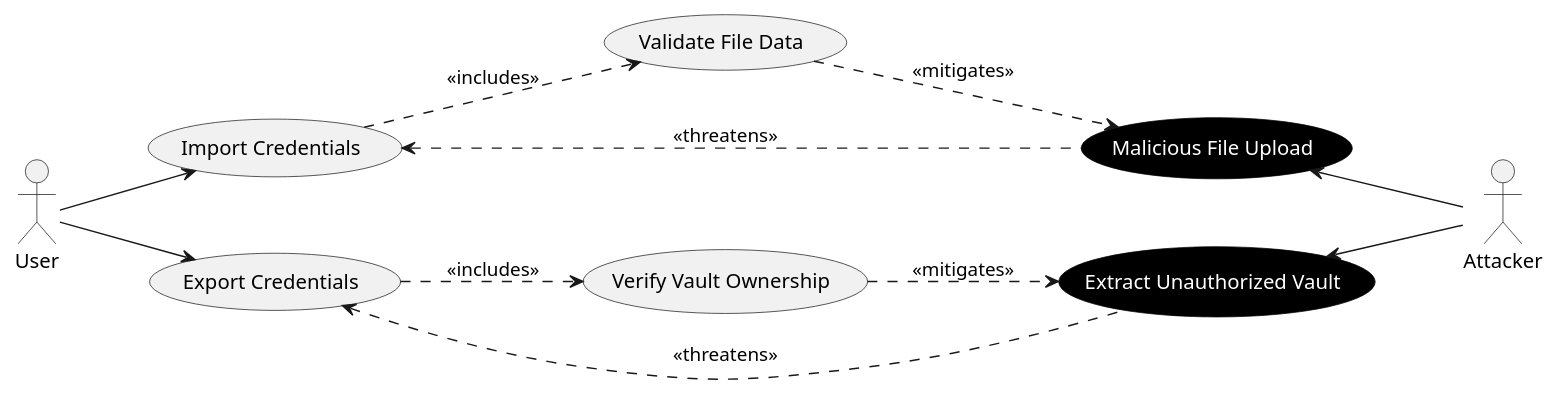
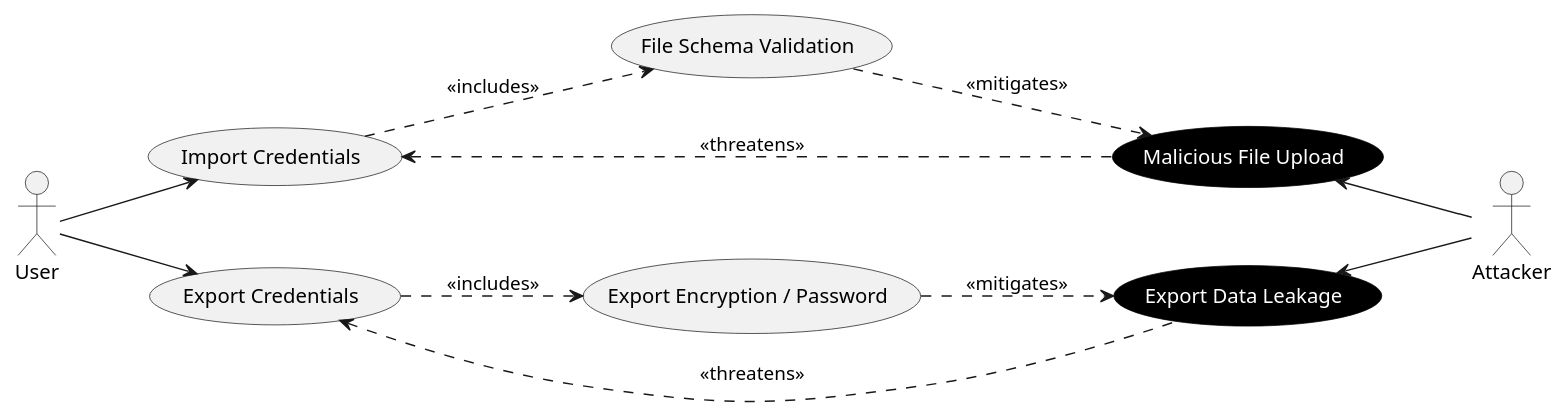
Before and after one commit to mei-desofs/desofs2026_thu_ffs_2: the diagram in Phase1/images/abuse-cases/import-export/import_export-abuse-case.puml, drawn with PlantUML. The commit also changed 13 other files, not shown here.

Commit message:
G - #6 - Update abuse case diagrams

```diff
--- a/Phase1/images/abuse-cases/import-export/import_export-abuse-case.puml
+++ b/Phase1/images/abuse-cases/import-export/import_export-abuse-case.puml
@@ -1,40 +1,36 @@
 @startuml
 left to right direction
-
 hide stereotype
-skinparam defaultTextAlignment center
-
 skinparam usecase {
     BackgroundColor<<Abuse>> Black
     FontColor<<Abuse>> White
     BorderColor<<Abuse>> Black
 }
 
 actor "User" as User
 actor "Attacker" as Attacker
 
 usecase "Import Credentials" as UC_Import
 usecase "Export Credentials" as UC_Export
     
-usecase "Validate File Data" as UC_Validate
-usecase "Verify Vault Ownership" as UC_Verify
+usecase "File Schema Validation" as UC_Validate
+usecase "Export Encryption / Password" as UC_EncExport
 
 usecase "Malicious File Upload" as AC_Upload <<Abuse>>
-usecase "Extract Unauthorized Vault" as AC_Extract <<Abuse>>
+usecase "Export Data Leakage" as AC_Leak <<Abuse>>
 
 User --> UC_Import
 User --> UC_Export
 
 UC_Import ..> UC_Validate : <<includes>>
-UC_Export ..> UC_Verify : <<includes>>
+UC_Export ..> UC_EncExport : <<includes>>
 
 UC_Validate ..> AC_Upload : <<mitigates>>
-UC_Verify ..> AC_Extract : <<mitigates>>
+UC_EncExport ..> AC_Leak : <<mitigates>>
 
 UC_Import <.. AC_Upload : <<threatens>>
-UC_Export <.. AC_Extract : <<threatens>>
+UC_Export <.. AC_Leak : <<threatens>>
 
 AC_Upload <-- Attacker
-AC_Extract <-- Attacker
-
+AC_Leak <-- Attacker
 @enduml
```
